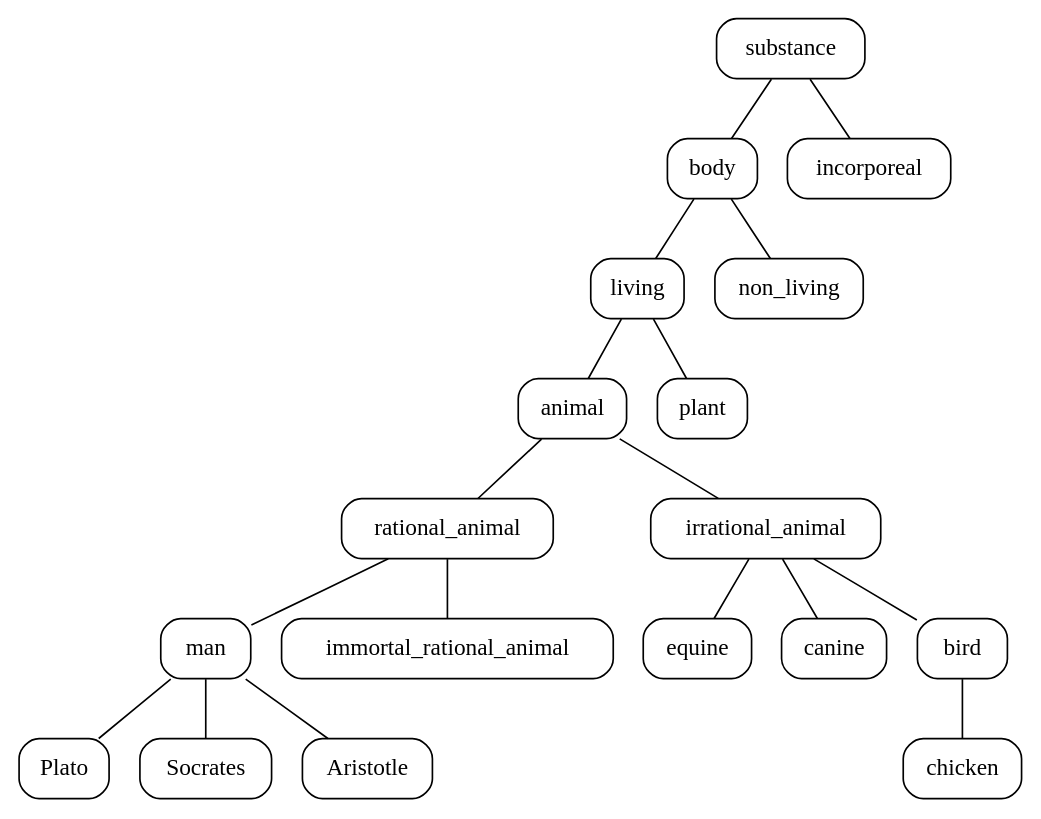
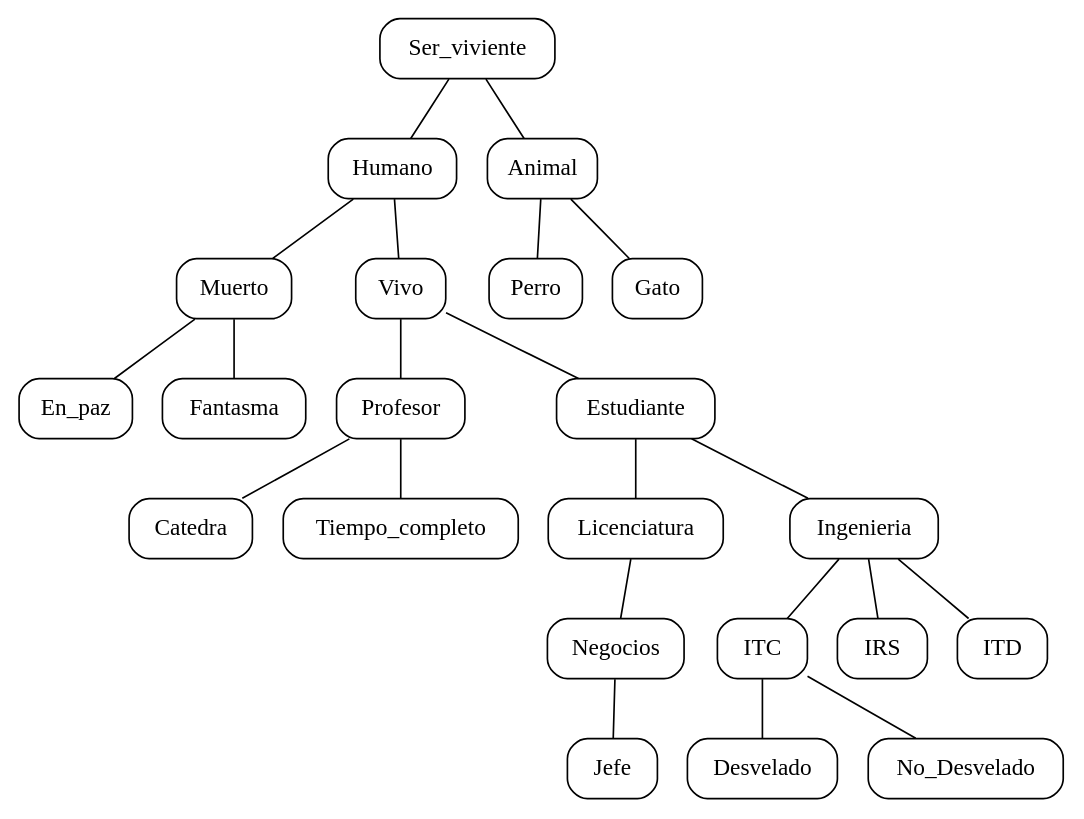
Before and after one commit to SerGG52151/ArborPorphyriana: the diagram in porphyry.dot, drawn with Graphviz. The commit also changed 3 other files, not shown here.

```diff
--- a/porphyry.dot
+++ b/porphyry.dot
@@ -1,39 +1,47 @@
 graph Porphyry {
   rankdir=TB;
   node [shape=box, style=rounded];
-  n0 [label="substance"];
-  n1 [label="body"];
-  n2 [label="incorporeal"];
-  n3 [label="living"];
-  n4 [label="non_living"];
-  n5 [label="animal"];
-  n6 [label="plant"];
-  n7 [label="rational_animal"];
-  n8 [label="irrational_animal"];
-  n9 [label="man"];
-  n10 [label="immortal_rational_animal"];
-  n11 [label="Plato"];
-  n12 [label="Socrates"];
-  n13 [label="Aristotle"];
-  n14 [label="equine"];
-  n15 [label="canine"];
-  n16 [label="bird"];
-  n17 [label="chicken"];
+  n0 [label="Ser_viviente"];
+  n1 [label="Humano"];
+  n2 [label="Animal"];
+  n3 [label="Perro"];
+  n4 [label="Gato"];
+  n5 [label="Muerto"];
+  n6 [label="Vivo"];
+  n7 [label="En_paz"];
+  n8 [label="Fantasma"];
+  n9 [label="Profesor"];
+  n10 [label="Estudiante"];
+  n11 [label="Catedra"];
+  n12 [label="Tiempo_completo"];
+  n13 [label="Licenciatura"];
+  n14 [label="Ingenieria"];
+  n15 [label="Negocios"];
+  n16 [label="Jefe"];
+  n17 [label="ITC"];
+  n18 [label="IRS"];
+  n19 [label="ITD"];
+  n20 [label="Desvelado"];
+  n21 [label="No_Desvelado"];
   n0 -- n1;
   n0 -- n2;
-  n1 -- n3;
-  n1 -- n4;
-  n3 -- n5;
-  n3 -- n6;
+  n1 -- n5;
+  n1 -- n6;
+  n2 -- n3;
+  n2 -- n4;
   n5 -- n7;
   n5 -- n8;
-  n7 -- n9;
-  n7 -- n10;
-  n8 -- n14;
-  n8 -- n15;
-  n8 -- n16;
+  n6 -- n9;
+  n6 -- n10;
   n9 -- n11;
   n9 -- n12;
-  n9 -- n13;
-  n16 -- n17;
+  n10 -- n13;
+  n10 -- n14;
+  n13 -- n15;
+  n14 -- n17;
+  n14 -- n18;
+  n14 -- n19;
+  n15 -- n16;
+  n17 -- n20;
+  n17 -- n21;
 }
```
